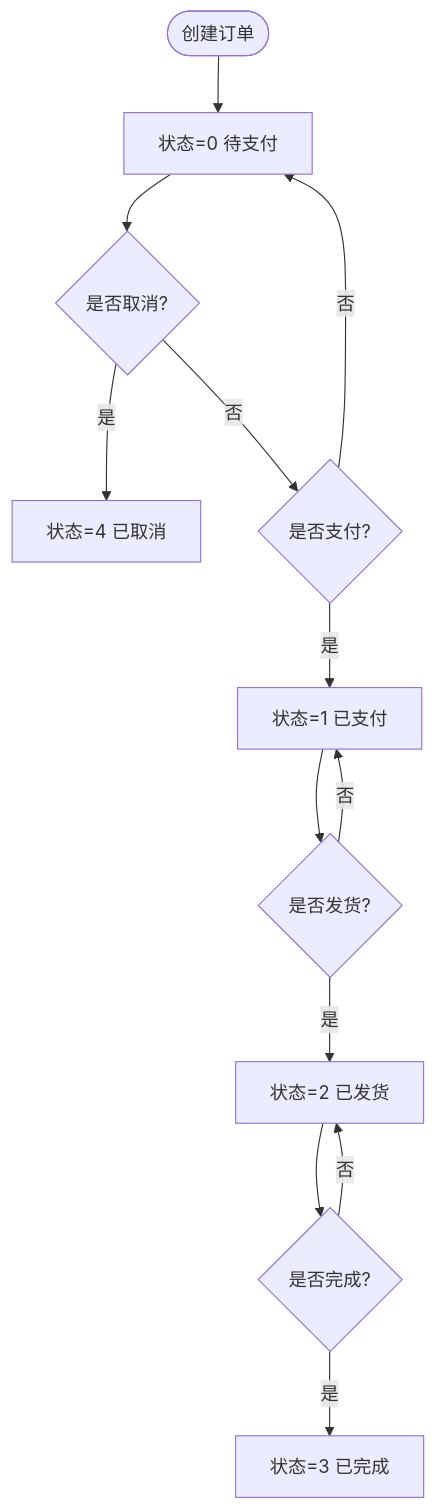
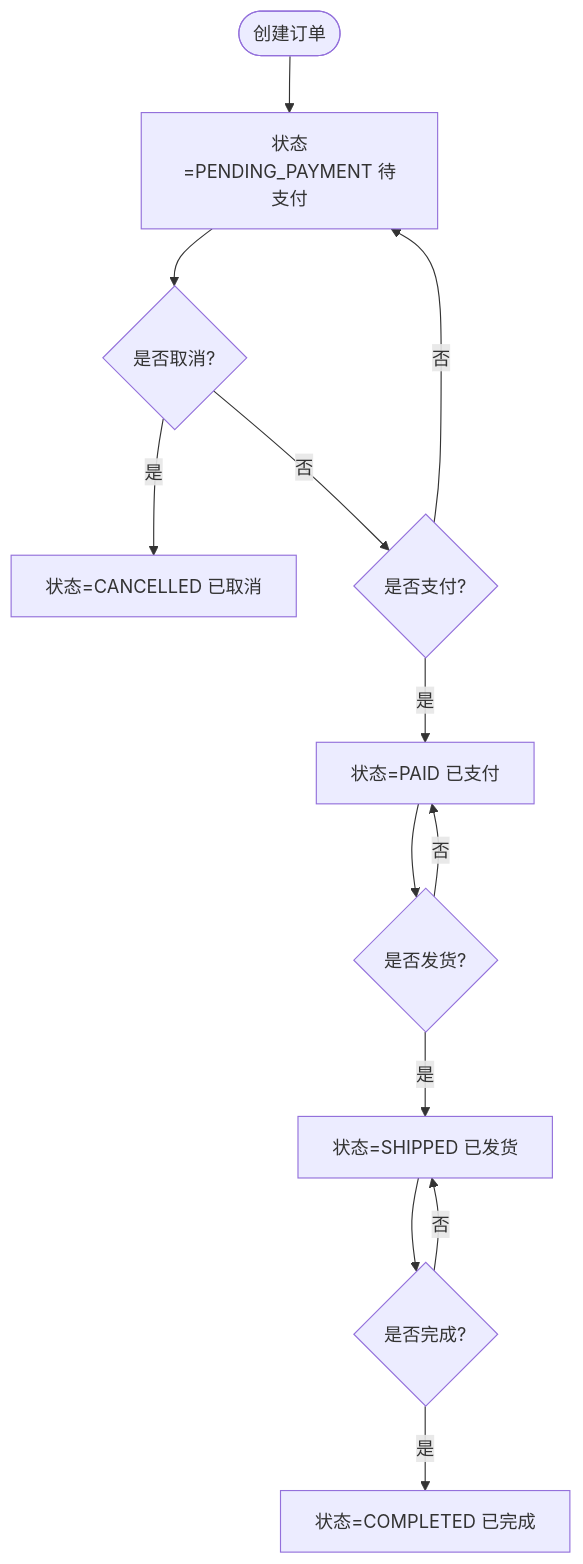
One commit to haohailiang/qoder-fullstack changed the fourth of 8 diagrams in .qoder/repowiki/zh/content/API接口文档/订单服务API.md. Above: the diagram before and after it, drawn with Mermaid. The commit also changed other lines of this file and 24 other files, not shown here.

````diff
--- a/.qoder/repowiki/zh/content/API接口文档/订单服务API.md
+++ b/.qoder/repowiki/zh/content/API接口文档/订单服务API.md
@@ -337,15 +378,15 @@
 ```mermaid
 flowchart TD
-Start(["创建订单"]) --> New["状态=0 待支付"]
+Start(["创建订单"]) --> New["状态=PENDING_PAYMENT 待支付"]
 New --> Cancel{"是否取消?"}
-Cancel --> |是| Canceled["状态=4 已取消"]
+Cancel --> |是| Canceled["状态=CANCELLED 已取消"]
 Cancel --> |否| Pay{"是否支付?"}
-Pay --> |是| Paid["状态=1 已支付"]
+Pay --> |是| Paid["状态=PAID 已支付"]
 Pay --> |否| New
 Paid --> Ship{"是否发货?"}
-Ship --> |是| Shipped["状态=2 已发货"]
+Ship --> |是| Shipped["状态=SHIPPED 已发货"]
 Ship --> |否| Paid
 Shipped --> Done{"是否完成?"}
-Done --> |是| Completed["状态=3 已完成"]
+Done --> |是| Completed["状态=COMPLETED 已完成"]
 Done --> |否| Shipped
 ```
````
